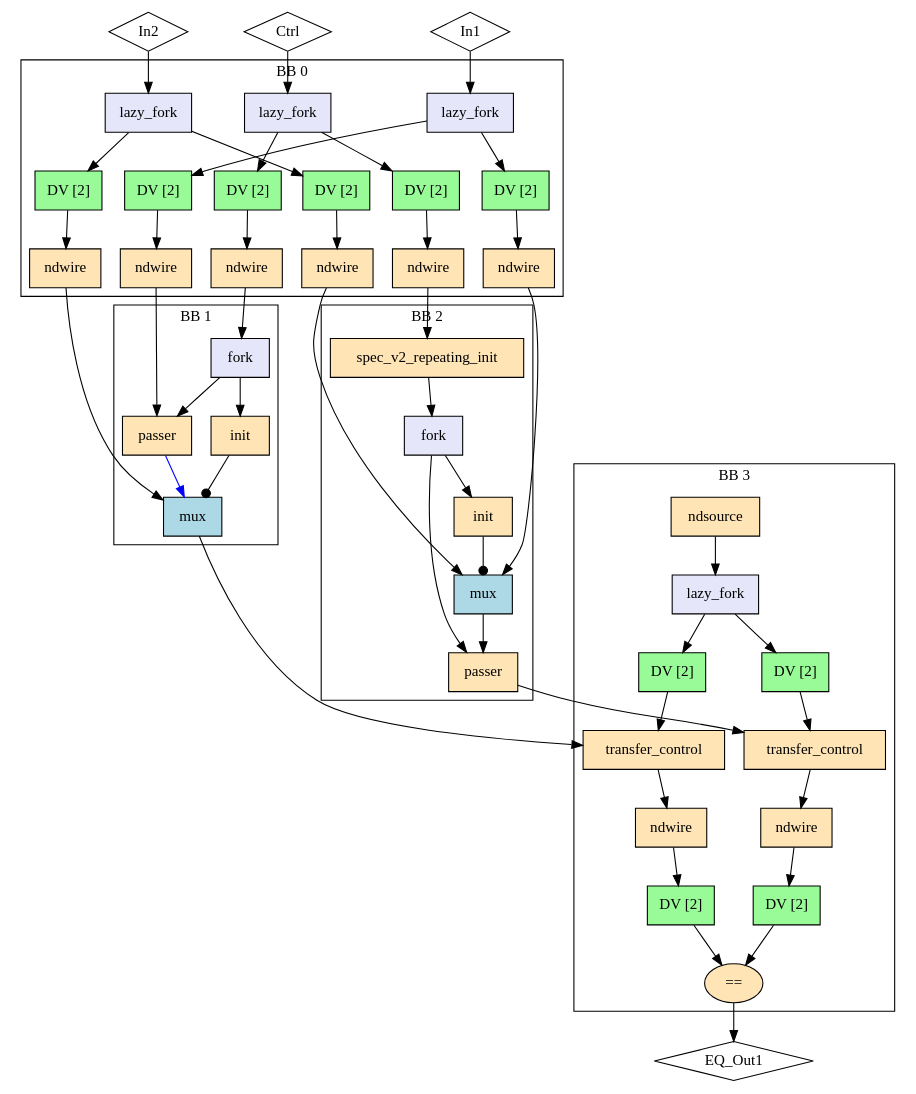
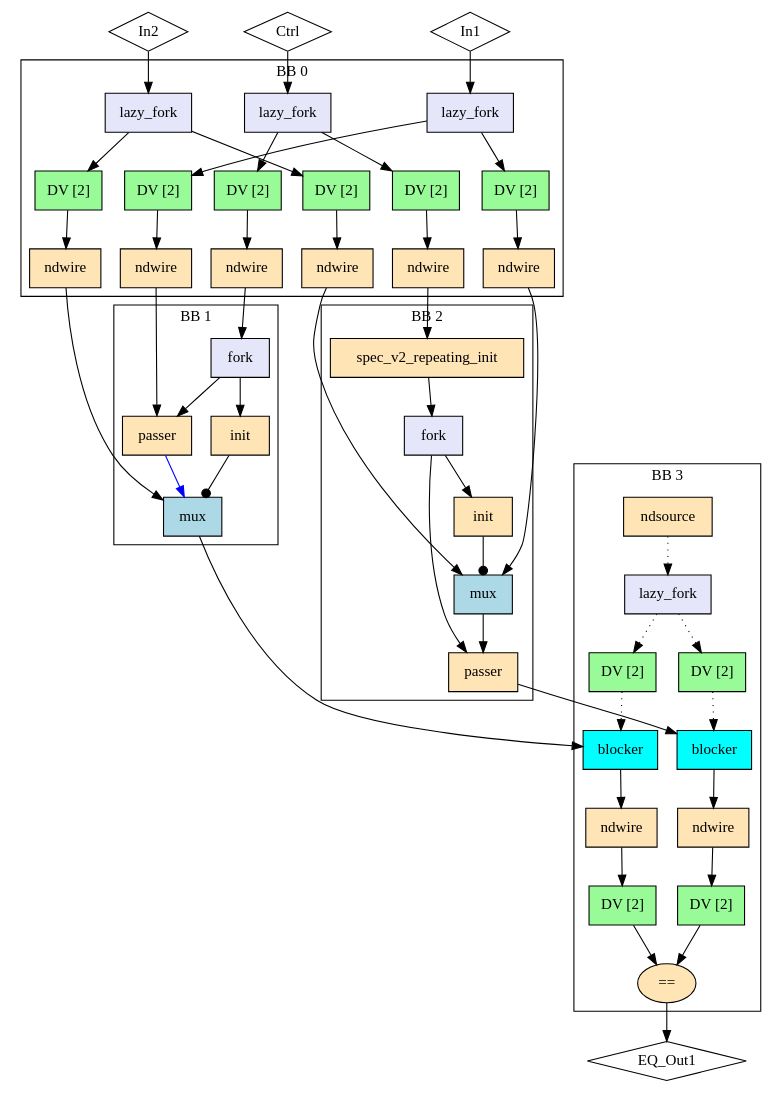
Before and after one commit to EPFL-LAP/dynamatic: the diagram in experimental/tools/elastic-miter/out/sup_mux/miter/model.dot, drawn with Graphviz. The commit also changed 159 other files, not shown here.

```diff
--- a/experimental/tools/elastic-miter/out/sup_mux/miter/model.dot
+++ b/experimental/tools/elastic-miter/out/sup_mux/miter/model.dot
@@ -14,8 +14,8 @@
   "rhs_in_ndw_In2" -> "rhs_data_mux" ["dir"="both", "style"="solid", "arrowhead"="normal", "from_idx"="0", "to"="ins_0", "arrowtail"="none", "from"="outs", "to_idx"="1"]
   "lhs_in_ndw_Ctrl" -> "lhs_fork_data_mux" ["dir"="both", "style"="solid", "arrowhead"="normal", "from_idx"="0", "to"="ins", "arrowtail"="none", "from"="outs", "to_idx"="0"]
   "rhs_in_ndw_Ctrl" -> "rhs_ri" ["dir"="both", "style"="solid", "arrowhead"="normal", "from_idx"="0", "to"="ins", "arrowtail"="none", "from"="outs", "to_idx"="0"]
-  "lhs_data_mux" -> "out_lhs_tc_Out1" ["dir"="both", "style"="solid", "arrowhead"="normal", "from_idx"="0", "to"="ins", "arrowtail"="none", "from"="outs", "to_idx"="0"]
-  "rhs_passer" -> "out_rhs_tc_Out1" ["dir"="both", "style"="solid", "arrowhead"="normal", "from_idx"="0", "to"="ins", "arrowtail"="none", "from"="result", "to_idx"="0"]
+  "lhs_data_mux" -> "out_lhs_bl_Out1" ["dir"="both", "style"="solid", "arrowhead"="normal", "from_idx"="0", "to"="ins", "arrowtail"="none", "from"="outs", "to_idx"="0"]
+  "rhs_passer" -> "out_rhs_bl_Out1" ["dir"="both", "style"="solid", "arrowhead"="normal", "from_idx"="0", "to"="ins", "arrowtail"="none", "from"="result", "to_idx"="0"]
   "out_eq_Out1" -> "EQ_Out1" ["dir"="both", "style"="solid", "arrowhead"="normal", "from_idx"="0", "to"="EQ_Out1", "arrowtail"="none", "from"="result", "to_idx"="0"]
   subgraph cluster0 {
     graph ["label"="BB 0"]
@@ -77,20 +77,20 @@
     "out_lf_Out1" ["style"="filled", "fillcolor"="lavender", "shape"="box", "label"="lazy_fork", "mlir_op"="handshake.lazy_fork"]
     "out_buf_lhs_nds_Out1" ["style"="filled", "fillcolor"="palegreen", "shape"="box", "label"="DV [2]", "mlir_op"="handshake.buffer"]
     "out_buf_rhs_nds_Out1" ["style"="filled", "fillcolor"="palegreen", "shape"="box", "label"="DV [2]", "mlir_op"="handshake.buffer"]
-    "out_lhs_tc_Out1" ["style"="filled", "fillcolor"="moccasin", "shape"="box", "label"="transfer_control", "mlir_op"="handshake.transfer_control"]
-    "out_rhs_tc_Out1" ["style"="filled", "fillcolor"="moccasin", "shape"="box", "label"="transfer_control", "mlir_op"="handshake.transfer_control"]
+    "out_lhs_bl_Out1" ["style"="filled", "fillcolor"="cyan", "shape"="box", "label"="blocker", "mlir_op"="handshake.blocker"]
+    "out_rhs_bl_Out1" ["style"="filled", "fillcolor"="cyan", "shape"="box", "label"="blocker", "mlir_op"="handshake.blocker"]
     "lhs_out_ndw_Out1" ["style"="filled", "fillcolor"="moccasin", "shape"="box", "label"="ndwire", "mlir_op"="handshake.ndwire"]
     "rhs_out_ndw_Out1" ["style"="filled", "fillcolor"="moccasin", "shape"="box", "label"="ndwire", "mlir_op"="handshake.ndwire"]
     "lhs_out_buf_Out1" ["style"="filled", "fillcolor"="palegreen", "shape"="box", "label"="DV [2]", "mlir_op"="handshake.buffer"]
     "rhs_out_buf_Out1" ["style"="filled", "fillcolor"="palegreen", "shape"="box", "label"="DV [2]", "mlir_op"="handshake.buffer"]
     "out_eq_Out1" ["style"="filled", "fillcolor"="moccasin", "shape"="oval", "label"="==", "mlir_op"="handshake.cmpi=="]
-    "out_nds_Out1" -> "out_lf_Out1" ["dir"="both", "style"="solid", "arrowhead"="normal", "from_idx"="0", "to"="ins", "arrowtail"="none", "from"="result", "to_idx"="0"]
-    "out_lf_Out1" -> "out_buf_lhs_nds_Out1" ["dir"="both", "style"="solid", "arrowhead"="normal", "from_idx"="0", "to"="ins", "arrowtail"="none", "from"="outs_0", "to_idx"="0"]
-    "out_lf_Out1" -> "out_buf_rhs_nds_Out1" ["dir"="both", "style"="solid", "arrowhead"="normal", "from_idx"="1", "to"="ins", "arrowtail"="none", "from"="outs_1", "to_idx"="0"]
-    "out_buf_lhs_nds_Out1" -> "out_lhs_tc_Out1" ["dir"="both", "style"="solid", "arrowhead"="normal", "from_idx"="0", "to"="ctrl", "arrowtail"="none", "from"="outs", "to_idx"="1"]
-    "out_buf_rhs_nds_Out1" -> "out_rhs_tc_Out1" ["dir"="both", "style"="solid", "arrowhead"="normal", "from_idx"="0", "to"="ctrl", "arrowtail"="none", "from"="outs", "to_idx"="1"]
-    "out_lhs_tc_Out1" -> "lhs_out_ndw_Out1" ["dir"="both", "style"="solid", "arrowhead"="normal", "from_idx"="0", "to"="ins", "arrowtail"="none", "from"="outs", "to_idx"="0"]
-    "out_rhs_tc_Out1" -> "rhs_out_ndw_Out1" ["dir"="both", "style"="solid", "arrowhead"="normal", "from_idx"="0", "to"="ins", "arrowtail"="none", "from"="outs", "to_idx"="0"]
+    "out_nds_Out1" -> "out_lf_Out1" ["dir"="both", "style"="dotted", "arrowhead"="normal", "from_idx"="0", "to"="ins", "arrowtail"="none", "from"="result", "to_idx"="0"]
+    "out_lf_Out1" -> "out_buf_lhs_nds_Out1" ["dir"="both", "style"="dotted", "arrowhead"="normal", "from_idx"="0", "to"="ins", "arrowtail"="none", "from"="outs_0", "to_idx"="0"]
+    "out_lf_Out1" -> "out_buf_rhs_nds_Out1" ["dir"="both", "style"="dotted", "arrowhead"="normal", "from_idx"="1", "to"="ins", "arrowtail"="none", "from"="outs_1", "to_idx"="0"]
+    "out_buf_lhs_nds_Out1" -> "out_lhs_bl_Out1" ["dir"="both", "style"="dotted", "arrowhead"="normal", "from_idx"="0", "to"="ctrl", "arrowtail"="none", "from"="outs", "to_idx"="1"]
+    "out_buf_rhs_nds_Out1" -> "out_rhs_bl_Out1" ["dir"="both", "style"="dotted", "arrowhead"="normal", "from_idx"="0", "to"="ctrl", "arrowtail"="none", "from"="outs", "to_idx"="1"]
+    "out_lhs_bl_Out1" -> "lhs_out_ndw_Out1" ["dir"="both", "style"="solid", "arrowhead"="normal", "from_idx"="0", "to"="ins", "arrowtail"="none", "from"="outs", "to_idx"="0"]
+    "out_rhs_bl_Out1" -> "rhs_out_ndw_Out1" ["dir"="both", "style"="solid", "arrowhead"="normal", "from_idx"="0", "to"="ins", "arrowtail"="none", "from"="outs", "to_idx"="0"]
     "lhs_out_ndw_Out1" -> "lhs_out_buf_Out1" ["dir"="both", "style"="solid", "arrowhead"="normal", "from_idx"="0", "to"="ins", "arrowtail"="none", "from"="outs", "to_idx"="0"]
     "rhs_out_ndw_Out1" -> "rhs_out_buf_Out1" ["dir"="both", "style"="solid", "arrowhead"="normal", "from_idx"="0", "to"="ins", "arrowtail"="none", "from"="outs", "to_idx"="0"]
     "lhs_out_buf_Out1" -> "out_eq_Out1" ["dir"="both", "style"="solid", "arrowhead"="normal", "from_idx"="0", "to"="lhs", "arrowtail"="none", "from"="outs", "to_idx"="0"]
```
